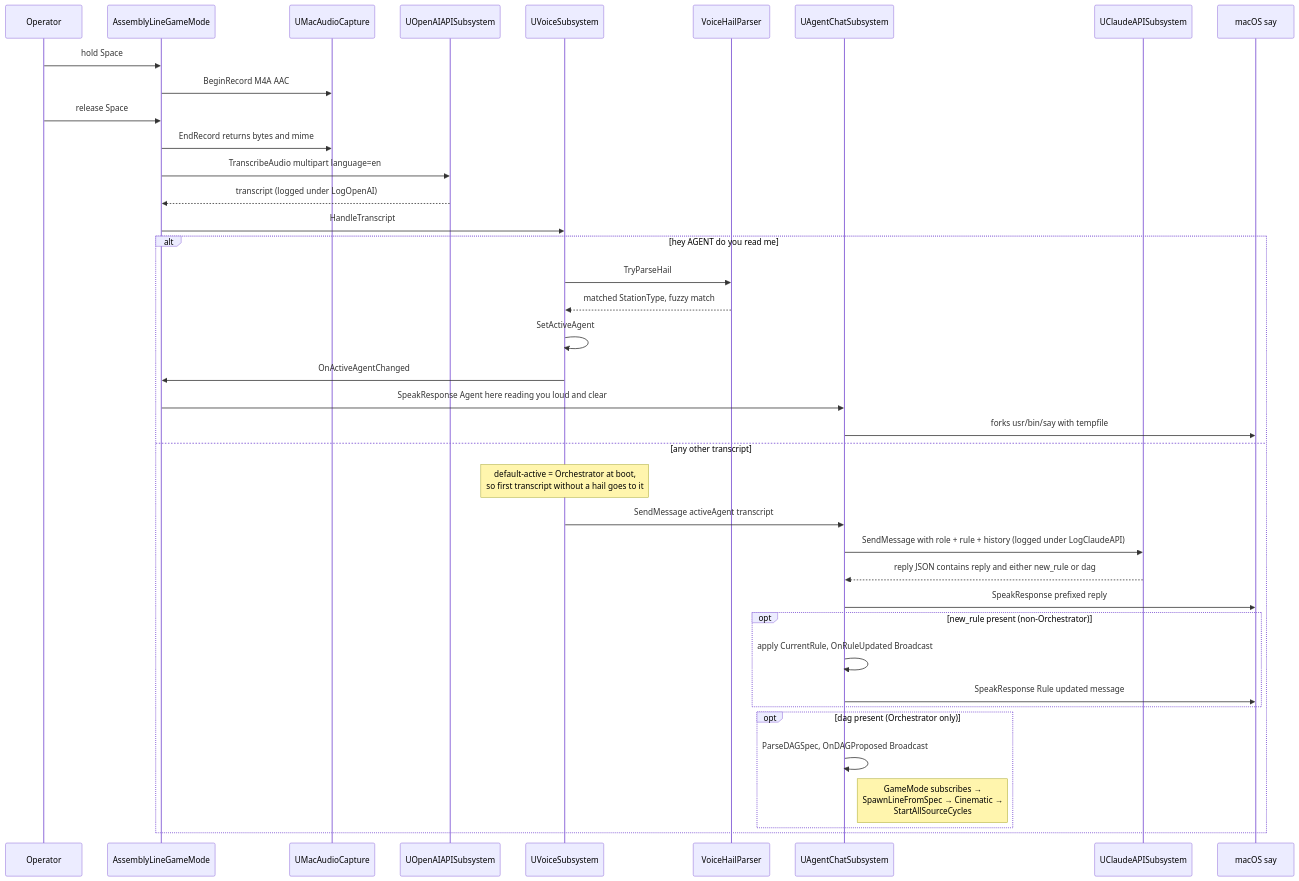
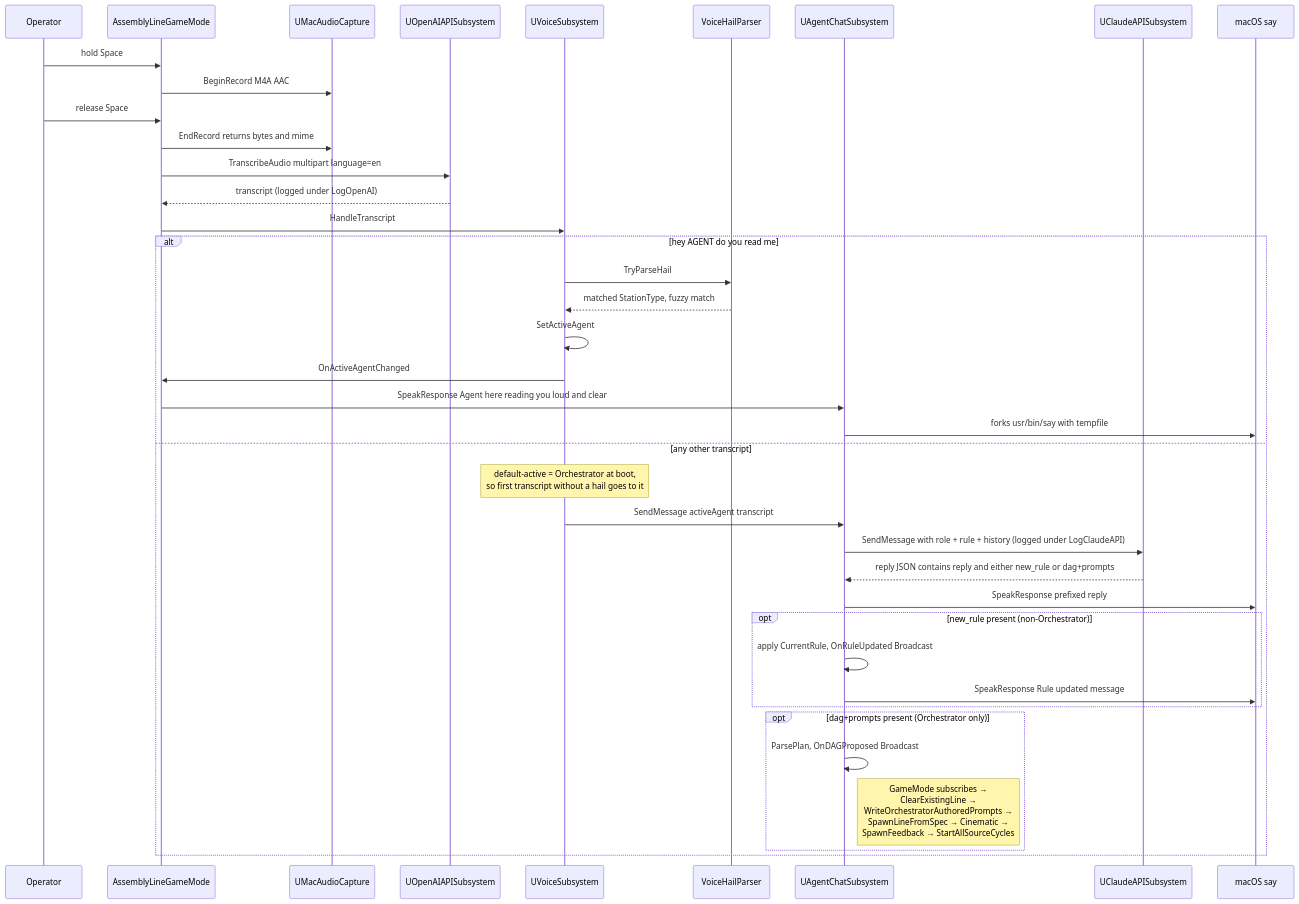
The tenth of 13 diagrams in README.md (eyupgurel/AssemblyLineSimul), drawn with Mermaid before and after one commit. The commit also changed other lines of this file, not shown here.

First line of the commit message:
README: deep rework — DAG layer in detail + Stories 33-34

````diff
--- a/README.md
+++ b/README.md
@@ -345,43 +874,43 @@
 ```mermaid
 sequenceDiagram
   participant U as Operator
   participant GM as AssemblyLineGameMode
   participant Cap as UMacAudioCapture
   participant AI as UOpenAIAPISubsystem
   participant V as UVoiceSubsystem
   participant Hail as VoiceHailParser
   participant Chat as UAgentChatSubsystem
   participant CA as UClaudeAPISubsystem
   participant Say as macOS say
 
   U->>GM: hold Space
   GM->>Cap: BeginRecord M4A AAC
   U->>GM: release Space
   GM->>Cap: EndRecord returns bytes and mime
   GM->>AI: TranscribeAudio multipart language=en
   AI-->>GM: transcript (logged under LogOpenAI)
   GM->>V: HandleTranscript
 
   alt hey AGENT do you read me
     V->>Hail: TryParseHail
     Hail-->>V: matched StationType, fuzzy match
     V->>V: SetActiveAgent
     V->>GM: OnActiveAgentChanged
     GM->>Chat: SpeakResponse Agent here reading you loud and clear
     Chat->>Say: forks usr/bin/say with tempfile
   else any other transcript
     Note over V: default-active = Orchestrator at boot,<br/>so first transcript without a hail goes to it
     V->>Chat: SendMessage activeAgent transcript
     Chat->>CA: SendMessage with role + rule + history (logged under LogClaudeAPI)
-    CA-->>Chat: reply JSON contains reply and either new_rule or dag
+    CA-->>Chat: reply JSON contains reply and either new_rule or dag+prompts
     Chat->>Say: SpeakResponse prefixed reply
     opt new_rule present (non-Orchestrator)
       Chat->>Chat: apply CurrentRule, OnRuleUpdated Broadcast
       Chat->>Say: SpeakResponse Rule updated message
     end
-    opt dag present (Orchestrator only)
-      Chat->>Chat: ParseDAGSpec, OnDAGProposed Broadcast
-      Note right of Chat: GameMode subscribes →<br/>SpawnLineFromSpec → Cinematic →<br/>StartAllSourceCycles
+    opt dag+prompts present (Orchestrator only)
+      Chat->>Chat: ParsePlan, OnDAGProposed Broadcast
+      Note right of Chat: GameMode subscribes →<br/>ClearExistingLine →<br/>WriteOrchestratorAuthoredPrompts →<br/>SpawnLineFromSpec → Cinematic →<br/>SpawnFeedback → StartAllSourceCycles
     end
   end
 ```
````
